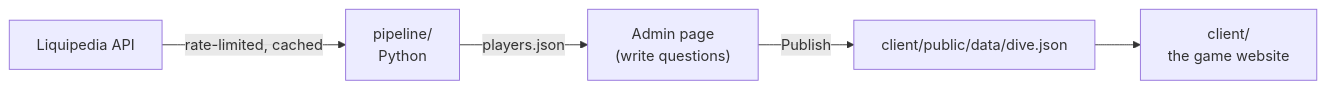
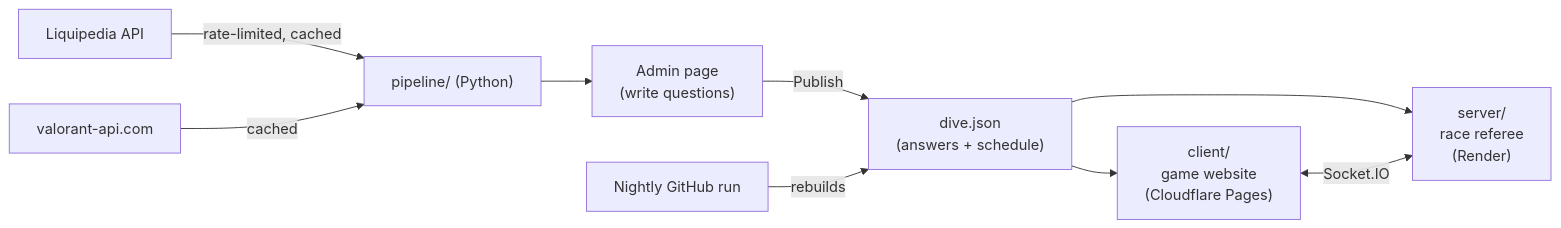
One commit to richardwweng/krilljoy changed the diagram in README.md. Above: the diagram before and after it, drawn with Mermaid. The commit also changed other lines of this file and 9 other files, not shown here.

````diff
--- a/README.md
+++ b/README.md
@@ -12,7 +76,11 @@
 ```mermaid
 flowchart LR
-  L["Liquipedia API"] -- "rate-limited, cached" --> P["pipeline/<br/>Python"]
-  P -- "players.json" --> A["Admin page<br/>(write questions)"]
-  A -- "Publish" --> D["client/public/data/dive.json"]
-  D --> C["client/<br/>the game website"]
+  L["Liquipedia API"] -- "rate-limited, cached" --> P["pipeline/ (Python)"]
+  V["valorant-api.com"] -- "cached" --> P
+  P --> A["Admin page<br/>(write questions)"]
+  A -- "Publish" --> D["dive.json<br/>(answers + schedule)"]
+  N["Nightly GitHub run"] -- "rebuilds" --> D
+  D --> C["client/<br/>game website<br/>(Cloudflare Pages)"]
+  D --> S["server/<br/>race referee<br/>(Render)"]
+  C <-- "Socket.IO" --> S
 ```
````
